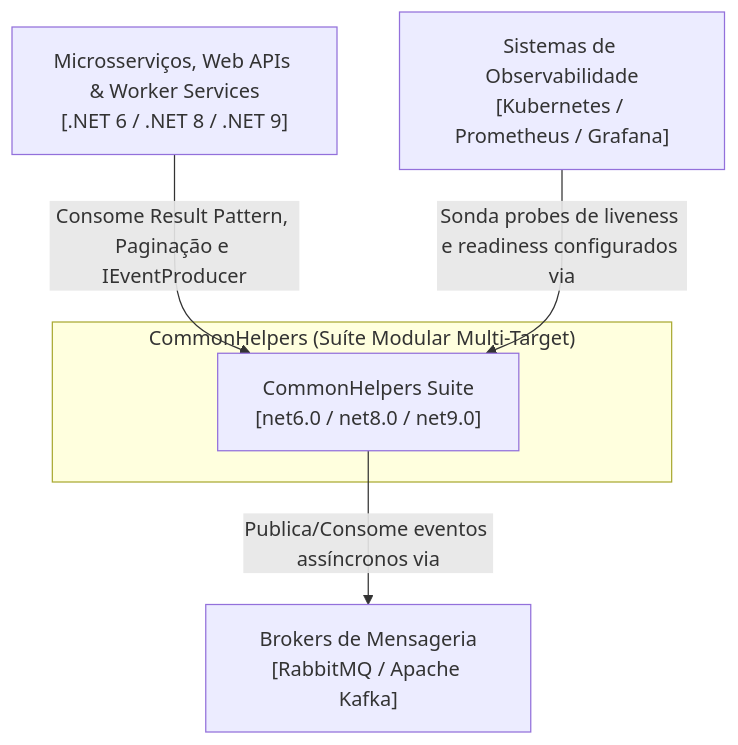
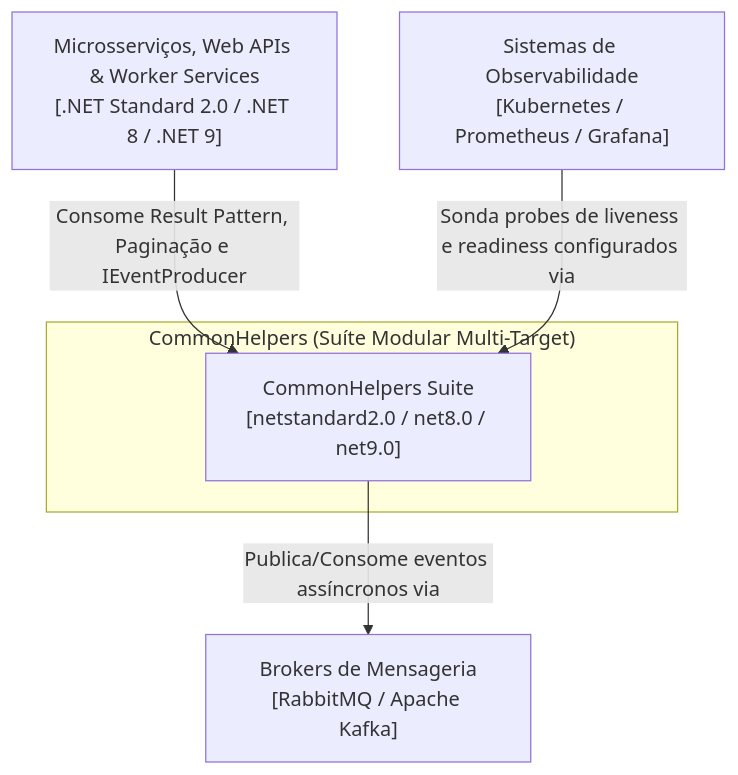
Before and after one commit to thaylonlopes/BuildingBlocks: the first of 2 diagrams in docs/arquitetura/visao-geral.md, drawn with Mermaid. The commit also changed other lines of this file and 36 other files, not shown here.

````diff
--- a/docs/arquitetura/visao-geral.md
+++ b/docs/arquitetura/visao-geral.md
@@ -20,14 +20,14 @@
 ```mermaid
 graph TD
-    Client["Microsserviços, Web APIs & Worker Services<br/>[.NET 6 / .NET 8 / .NET 9]"]
+    Client["Microsserviços, Web APIs & Worker Services<br/>[.NET Standard 2.0 / .NET 8 / .NET 9]"]
     Prometheus["Sistemas de Observabilidade<br/>[Kubernetes / Prometheus / Grafana]"]
     Brokers["Brokers de Mensageria<br/>[RabbitMQ / Apache Kafka]"]
 
     subgraph CommonHelpersSystem ["CommonHelpers (Suíte Modular Multi-Target)"]
-        CH["CommonHelpers Suite<br/>[net6.0 / net8.0 / net9.0]"]
+        CH["CommonHelpers Suite<br/>[netstandard2.0 / net8.0 / net9.0]"]
     end
 
     Client -->|"Consome Result Pattern, Paginação e IEventProducer"| CH
     CH -->|"Publica/Consome eventos assíncronos via"| Brokers
     Prometheus -->|"Sonda probes de liveness e readiness configurados via"| CH
 ```
````
